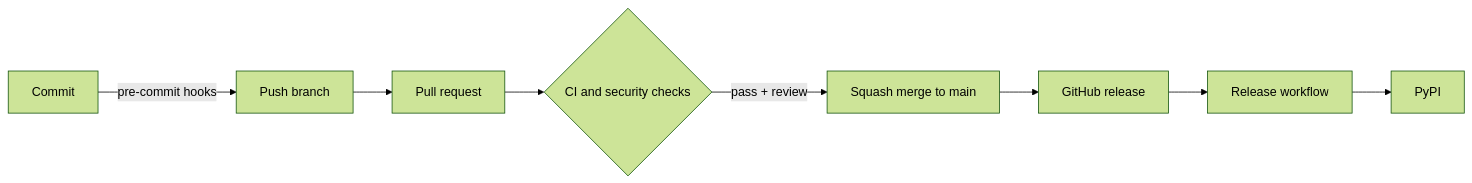
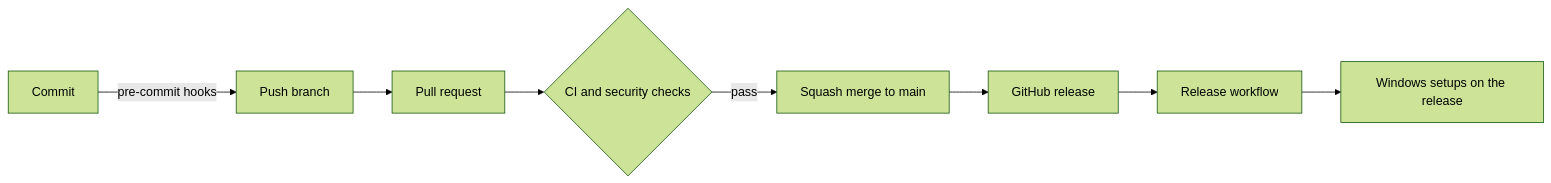
The second of 4 diagrams in docs/architecture.md (coldsofttech/Kodalo), drawn with Mermaid (forest theme) before and after one commit. The commit also changed other lines of this file and 591 other files, not shown here.

````diff
--- a/docs/architecture.md
+++ b/docs/architecture.md
@@ -9,10 +79,10 @@
 ```mermaid
 flowchart LR
     A[Commit] -->|pre-commit hooks| B[Push branch]
     B --> C[Pull request]
     C --> D{CI and security checks}
-    D -->|pass + review| E[Squash merge to main]
+    D -->|pass| E[Squash merge to main]
     E --> F[GitHub release]
     F --> G[Release workflow]
-    G --> H[PyPI]
+    G --> H[Windows setups on the release]
 ```
````
